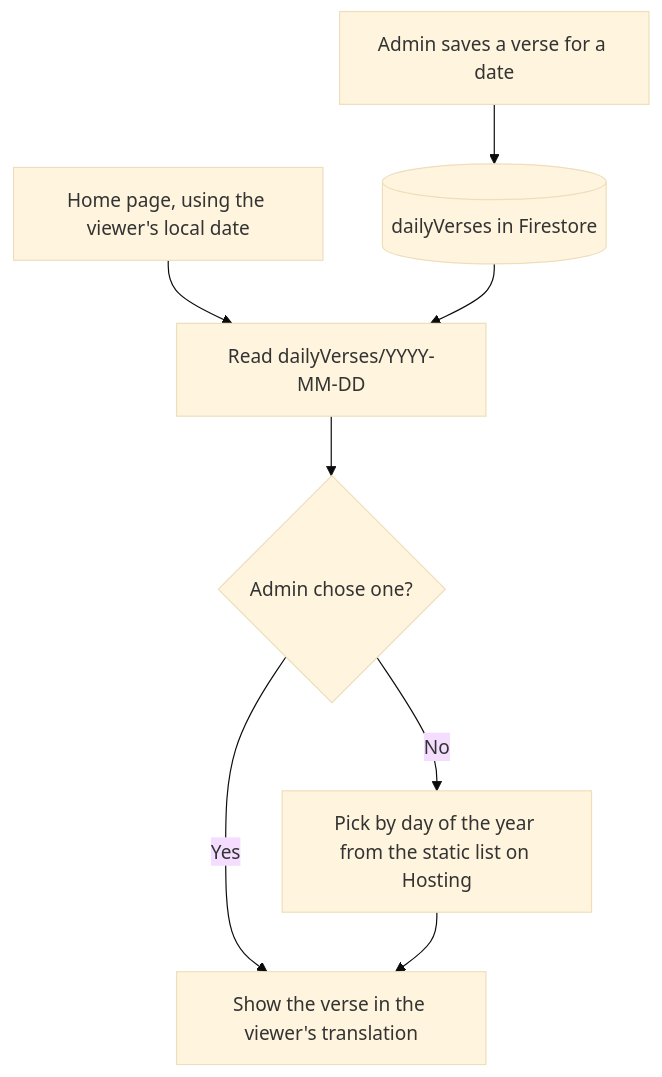
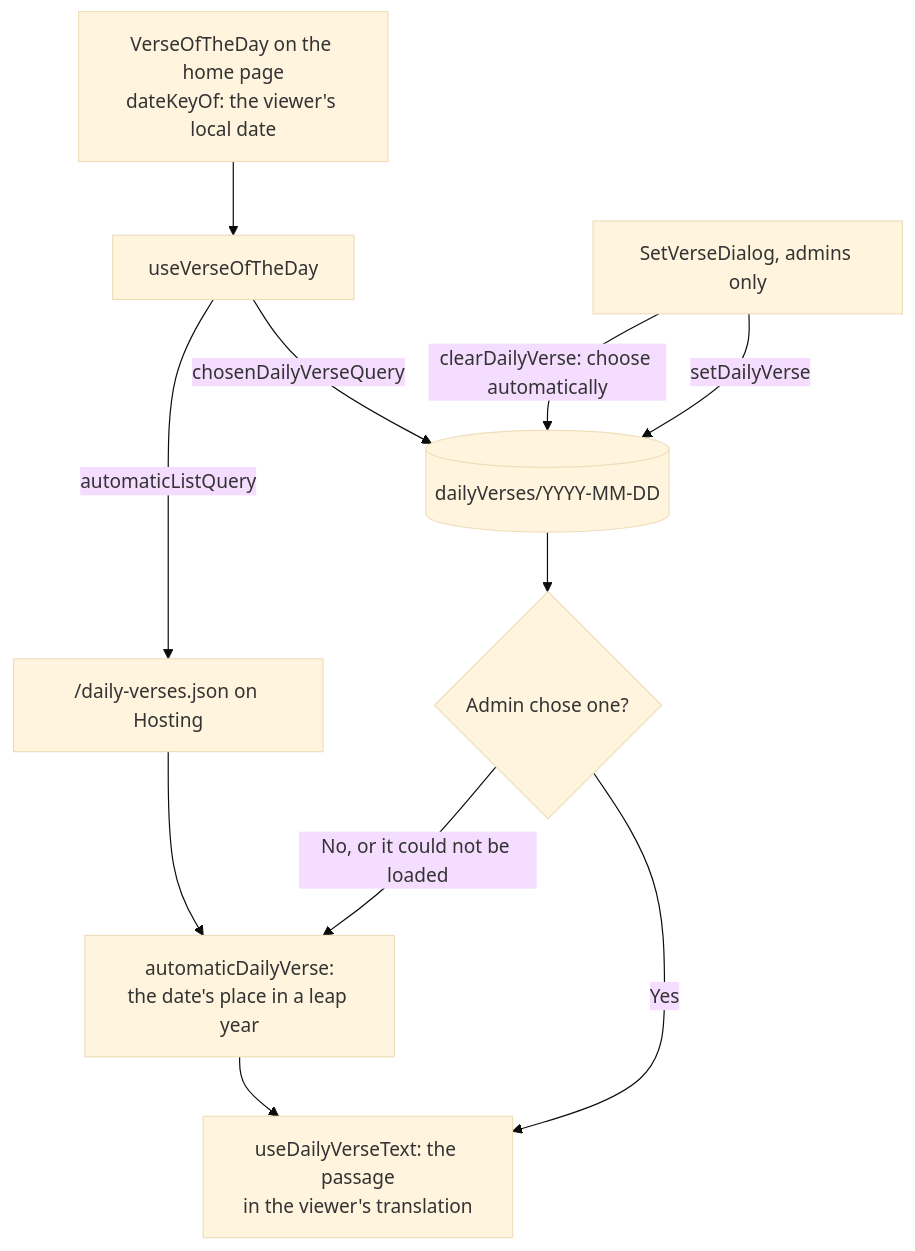
One commit to Valiance-Studios/bible-center changed the seventh of 19 diagrams in ARCHITECTURE.md. Above: the diagram before and after it, drawn with Mermaid (base theme). The commit also changed other lines of this file and 24 other files, not shown here.

First line of the commit message:
Add the Verse of the Day (#12)

````diff
--- a/ARCHITECTURE.md
+++ b/ARCHITECTURE.md
@@ -335,10 +334,13 @@
 ```mermaid
 flowchart TD
-  home["Home page, using the viewer's local date"] --> read["Read dailyVerses/YYYY-MM-DD"]
-  admin["Admin saves a verse for a date"] --> doc[("dailyVerses in Firestore")]
-  doc --> read
-  read --> chosen{"Admin chose one?"}
-  chosen -- "Yes" --> show["Show the verse in the viewer's translation"]
-  chosen -- "No" --> list["Pick by day of the year from the static list on Hosting"]
-  list --> show
+  home["VerseOfTheDay on the home page<br/>dateKeyOf: the viewer's local date"] --> hook["useVerseOfTheDay"]
+  hook -- "chosenDailyVerseQuery" --> doc[("dailyVerses/YYYY-MM-DD")]
+  hook -- "automaticListQuery" --> list["/daily-verses.json on Hosting"]
+  doc --> chosen{"Admin chose one?"}
+  chosen -- "Yes" --> show["useDailyVerseText: the passage<br/>in the viewer's translation"]
+  chosen -- "No, or it could not be loaded" --> pick["automaticDailyVerse:<br/>the date's place in a leap year"]
+  list --> pick
+  pick --> show
+  dialog["SetVerseDialog, admins only"] -- "setDailyVerse" --> doc
+  dialog -- "clearDailyVerse: choose automatically" --> doc
 ```
````
